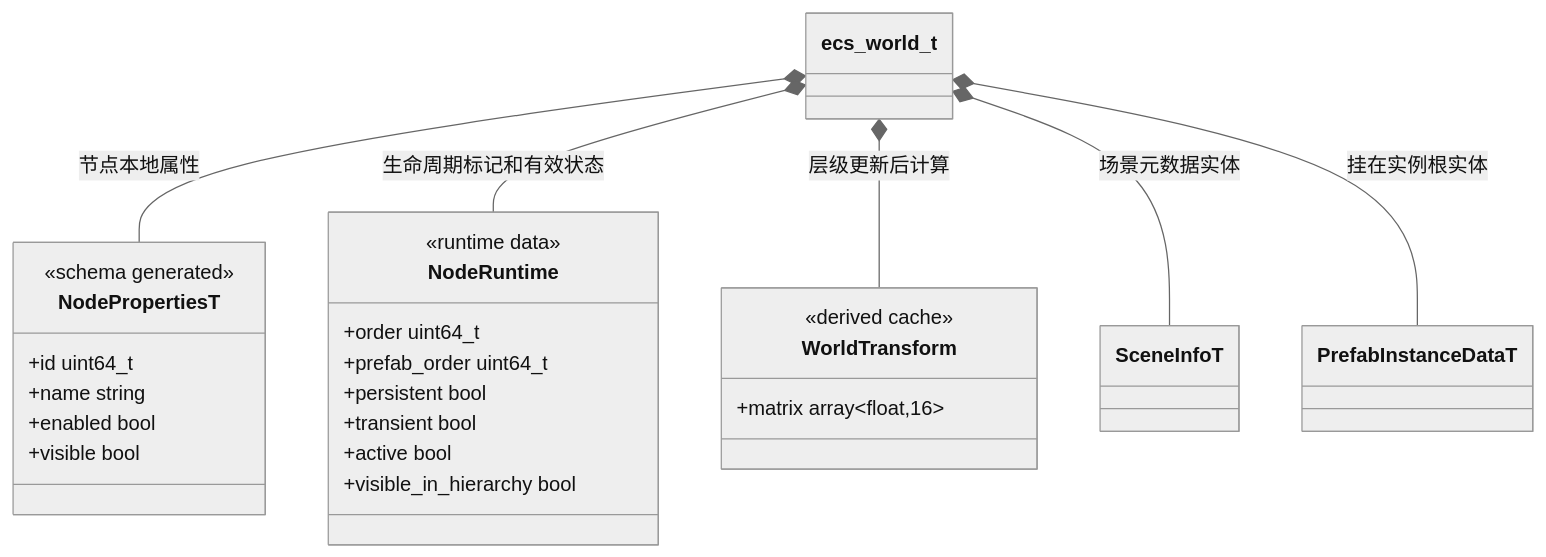
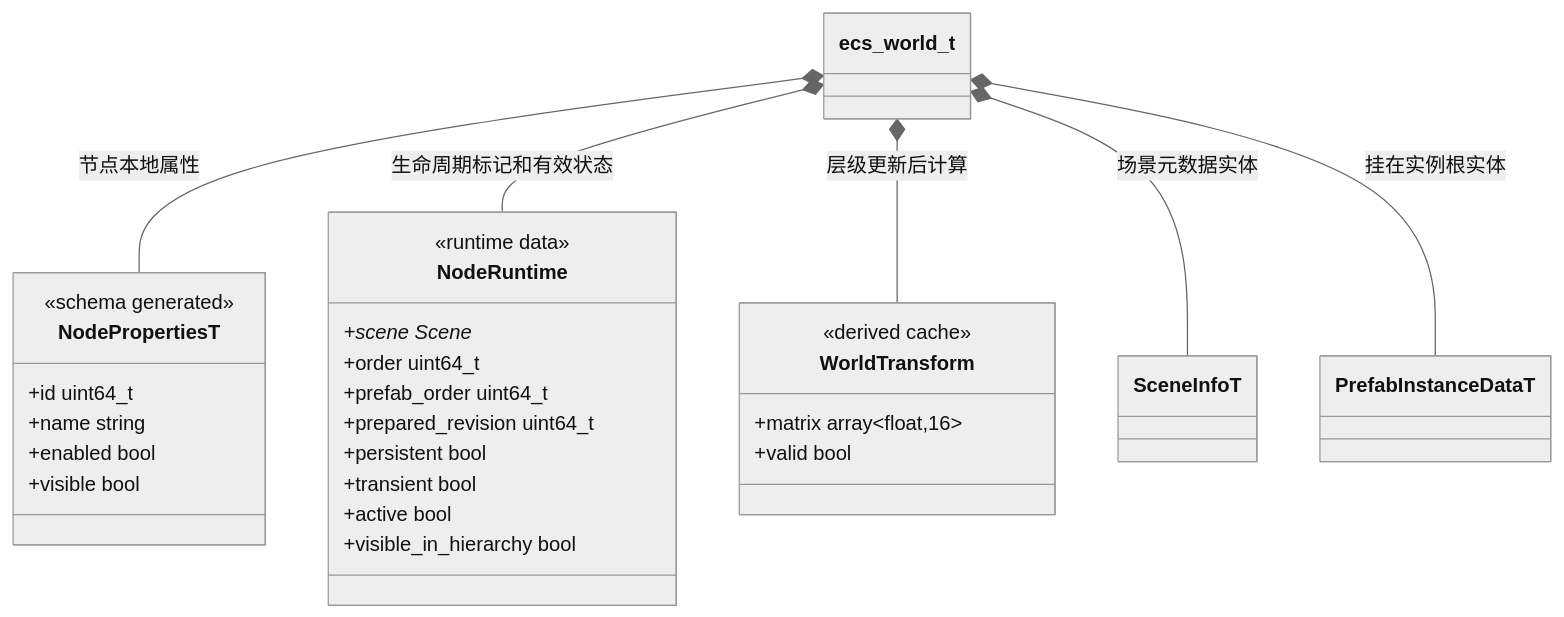
One commit to lcals/Engine changed the fourth of 4 diagrams in docs/runtime/class-diagrams/ecs-scene.md. Above: the diagram before and after it, drawn with Mermaid (neutral theme). The commit also changed other lines of this file and 222 other files, not shown here.

Commit message:
Consolidate editor asset imports and align architecture documentation

````diff
--- a/docs/runtime/class-diagrams/ecs-scene.md
+++ b/docs/runtime/class-diagrams/ecs-scene.md
@@ -200,32 +152,35 @@
 ```mermaid
 classDiagram
     direction TB
     class NodePropertiesT {
         <<schema generated>>
         +id uint64_t
         +name string
         +enabled bool
         +visible bool
     }
     class NodeRuntime {
         <<runtime data>>
+        +scene Scene*
         +order uint64_t
         +prefab_order uint64_t
+        +prepared_revision uint64_t
         +persistent bool
         +transient bool
         +active bool
         +visible_in_hierarchy bool
     }
     class WorldTransform {
         <<derived cache>>
         +matrix array~float,16~
+        +valid bool
     }
     class ecs_world_t
     class SceneInfoT
     class PrefabInstanceDataT
     ecs_world_t *-- NodePropertiesT : 节点本地属性
     ecs_world_t *-- NodeRuntime : 生命周期标记和有效状态
     ecs_world_t *-- WorldTransform : 层级更新后计算
     ecs_world_t *-- SceneInfoT : 场景元数据实体
     ecs_world_t *-- PrefabInstanceDataT : 挂在实例根实体
 ```
````
